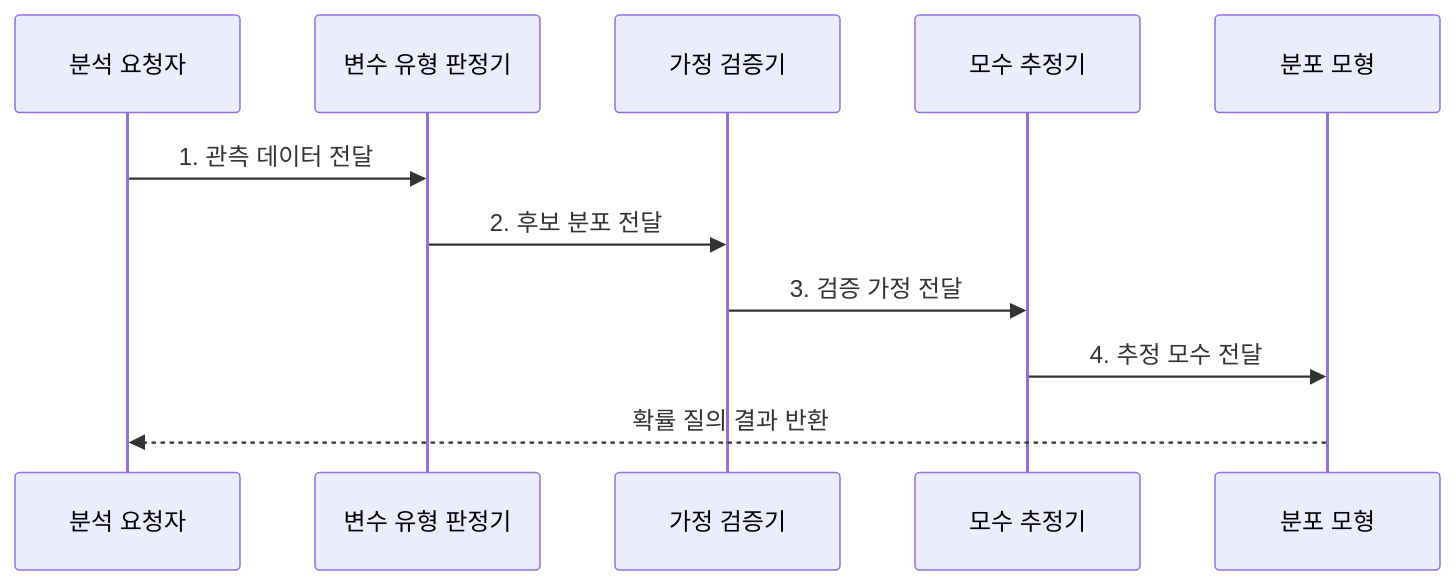
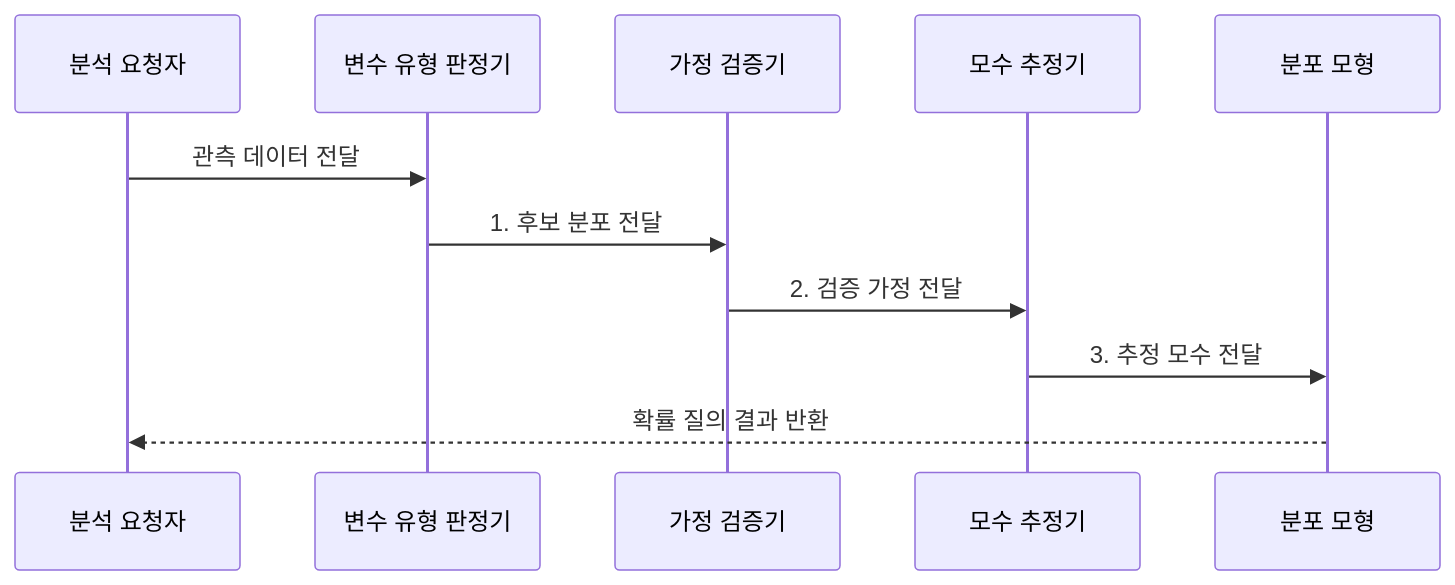
Before and after one commit to agnusdei1207/knowledge-base: the second of 2 diagrams in src/content/docs/notes/01-basic-theory/032_probability_distribution.md, drawn with Mermaid. The commit also changed other lines of this file and 20 other files, not shown here.

````diff
--- a/src/content/docs/notes/01-basic-theory/032_probability_distribution.md
+++ b/src/content/docs/notes/01-basic-theory/032_probability_distribution.md
@@ -90,13 +90,13 @@
 ```mermaid
 sequenceDiagram
     participant Q as 분석 요청자
     participant T as 변수 유형 판정기
     participant A as 가정 검증기
     participant P as 모수 추정기
     participant M as 분포 모형
-    Q->>T: 1. 관측 데이터 전달
-    T->>A: 2. 후보 분포 전달
-    A->>P: 3. 검증 가정 전달
-    P->>M: 4. 추정 모수 전달
+    Q->>T: 관측 데이터 전달
+    T->>A: 1. 후보 분포 전달
+    A->>P: 2. 검증 가정 전달
+    P->>M: 3. 추정 모수 전달
     M-->>Q: 확률 질의 결과 반환
 ```
````
